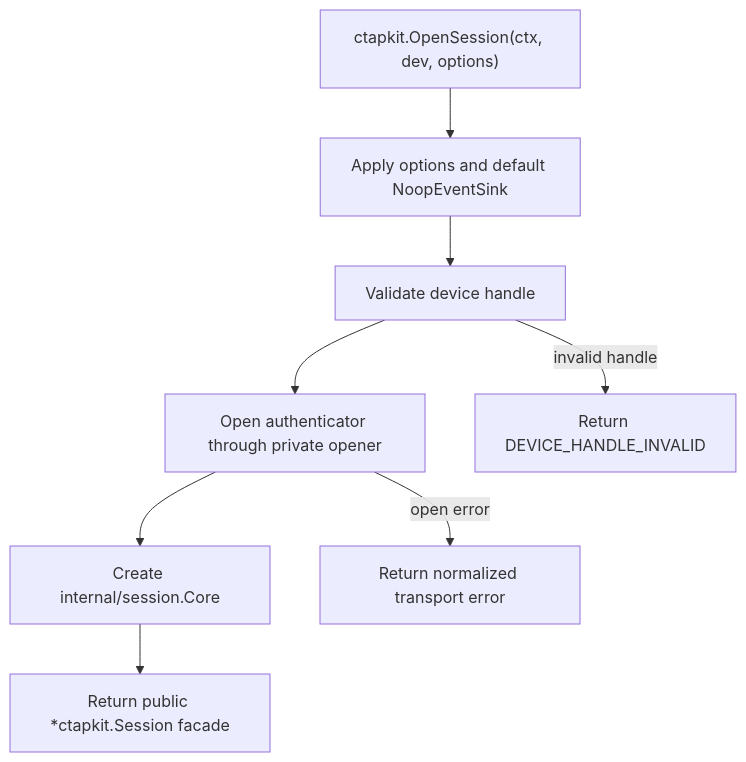
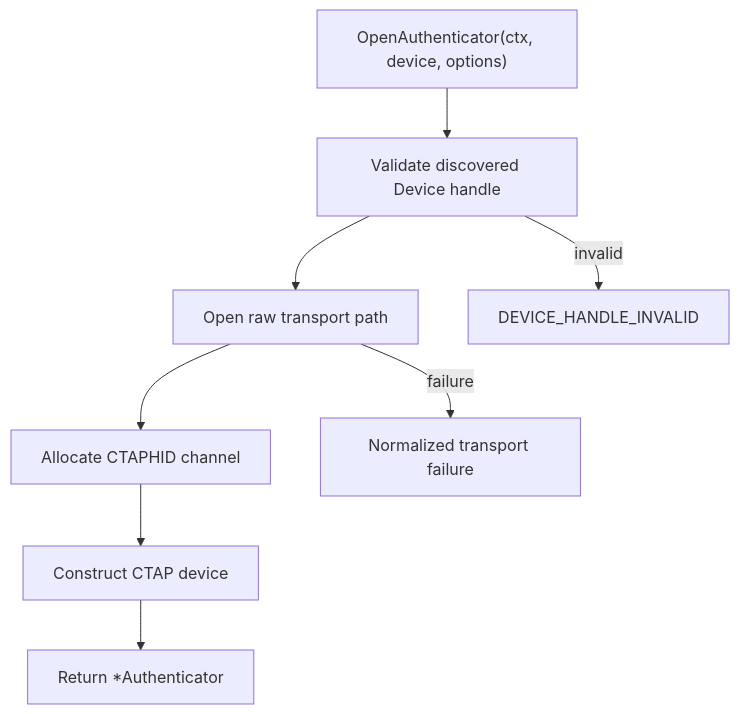
Before and after one commit to go-ctap/kit: the first of 4 diagrams in docs/current-runtime-flows.md, drawn with Mermaid. The commit also changed other lines of this file and 75 other files, not shown here.

Commit message:
refactor: remove `internal/session` package, consolidate logic into `workflow`; improve test structure and remove redundant tests

````diff
--- a/docs/current-runtime-flows.md
+++ b/docs/current-runtime-flows.md
@@ -63,11 +40,11 @@
 ```mermaid
 flowchart TD
-  A["ctapkit.OpenSession(ctx, dev, options)"] --> B["Apply options and default NoopEventSink"]
-  B --> C["Validate device handle"]
-  C --> F["Open authenticator through private opener"]
-  F --> G["Create internal/session.Core"]
-  G --> H["Return public *ctapkit.Session facade"]
+  A["OpenAuthenticator(ctx, device, options)"] --> B["Validate discovered Device handle"]
+  B --> C["Open raw transport path"]
+  C --> D["Allocate CTAPHID channel"]
+  D --> E["Construct CTAP device"]
+  E --> F["Return *Authenticator"]
 
-  C -->|invalid handle| X["Return DEVICE_HANDLE_INVALID"]
-  F -->|open error| Y["Return normalized transport error"]
+  B -->|invalid| X["DEVICE_HANDLE_INVALID"]
+  C -->|failure| Y["Normalized transport failure"]
 ```
````
